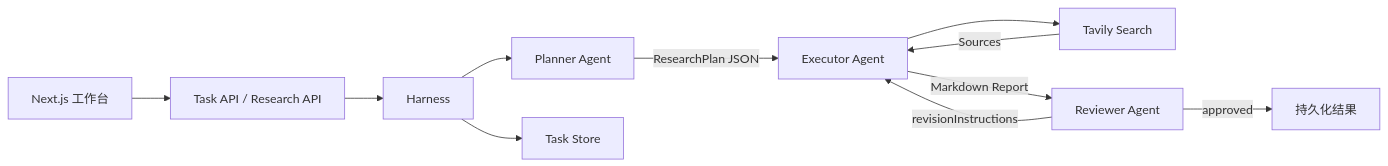
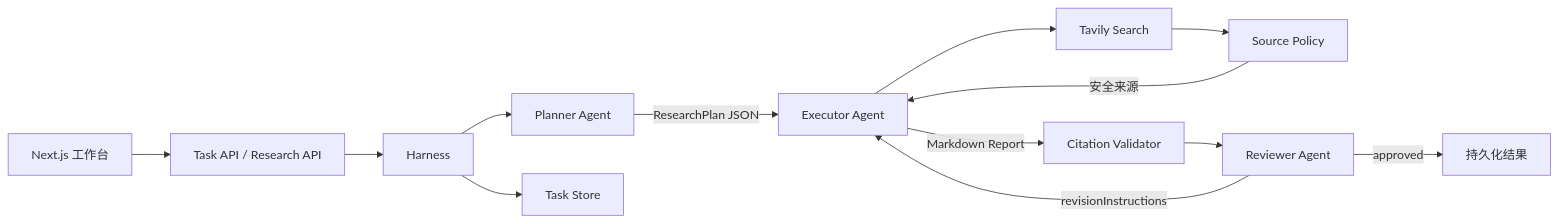
Before and after one commit to ZQR1101/agentos-web: the diagram in README.md, drawn with Mermaid. The commit also changed other lines of this file and 5 other files, not shown here.

````diff
--- a/README.md
+++ b/README.md
@@ -18,13 +20,15 @@
 ```mermaid
 flowchart LR
     UI["Next.js 工作台"] --> API["Task API / Research API"]
     API --> H["Harness"]
     H --> P["Planner Agent"]
     P -->|"ResearchPlan JSON"| E["Executor Agent"]
     E --> T["Tavily Search"]
-    T -->|"Sources"| E
-    E -->|"Markdown Report"| R["Reviewer Agent"]
+    T --> SP["Source Policy"]
+    SP -->|"安全来源"| E
+    E -->|"Markdown Report"| CV["Citation Validator"]
+    CV --> R["Reviewer Agent"]
     R -->|"approved"| DONE["持久化结果"]
     R -->|"revisionInstructions"| E
     H --> STORE["Task Store"]
 ```
````
